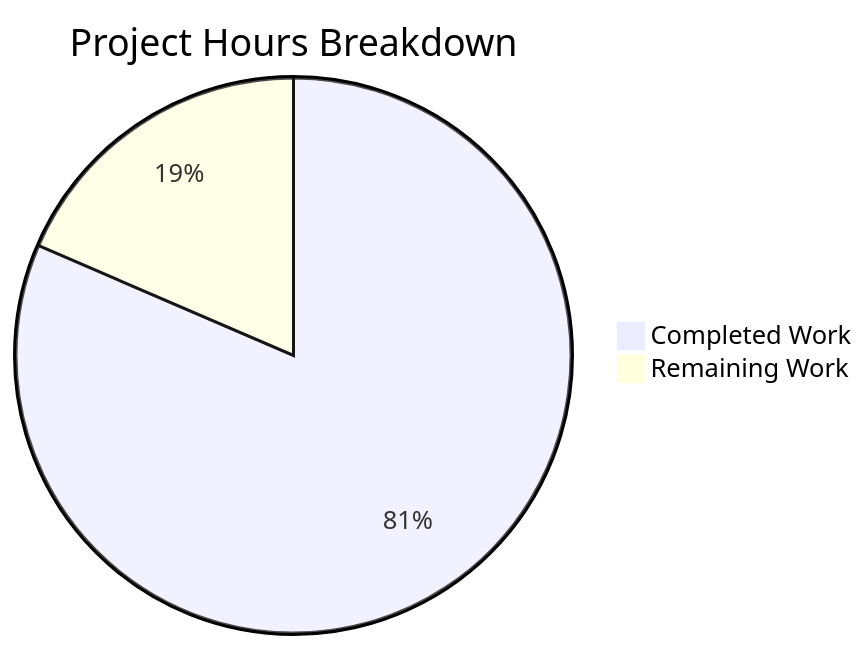
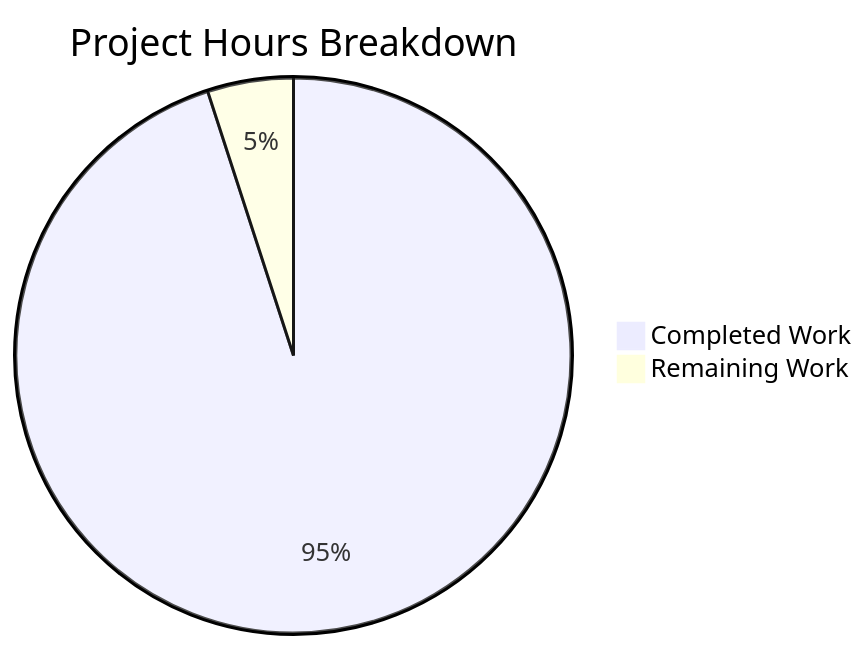
One commit to sudhanshu-spec/test-spec changed the diagram in blitzy/documentation/Project Guide.md. Above: the diagram before and after it, drawn with Mermaid. The commit also changed other lines of this file, not shown here.

Commit message:
Adding Blitzy Project Guide: Project Status and Human Tasks Remaining

````diff
--- a/blitzy/documentation/Project Guide.md
+++ b/blitzy/documentation/Project Guide.md
@@ -28,5 +90,5 @@
 ```mermaid
 pie title Project Hours Breakdown
-    "Completed Work" : 22
-    "Remaining Work" : 5
+    "Completed Work" : 57
+    "Remaining Work" : 3
 ```
````
